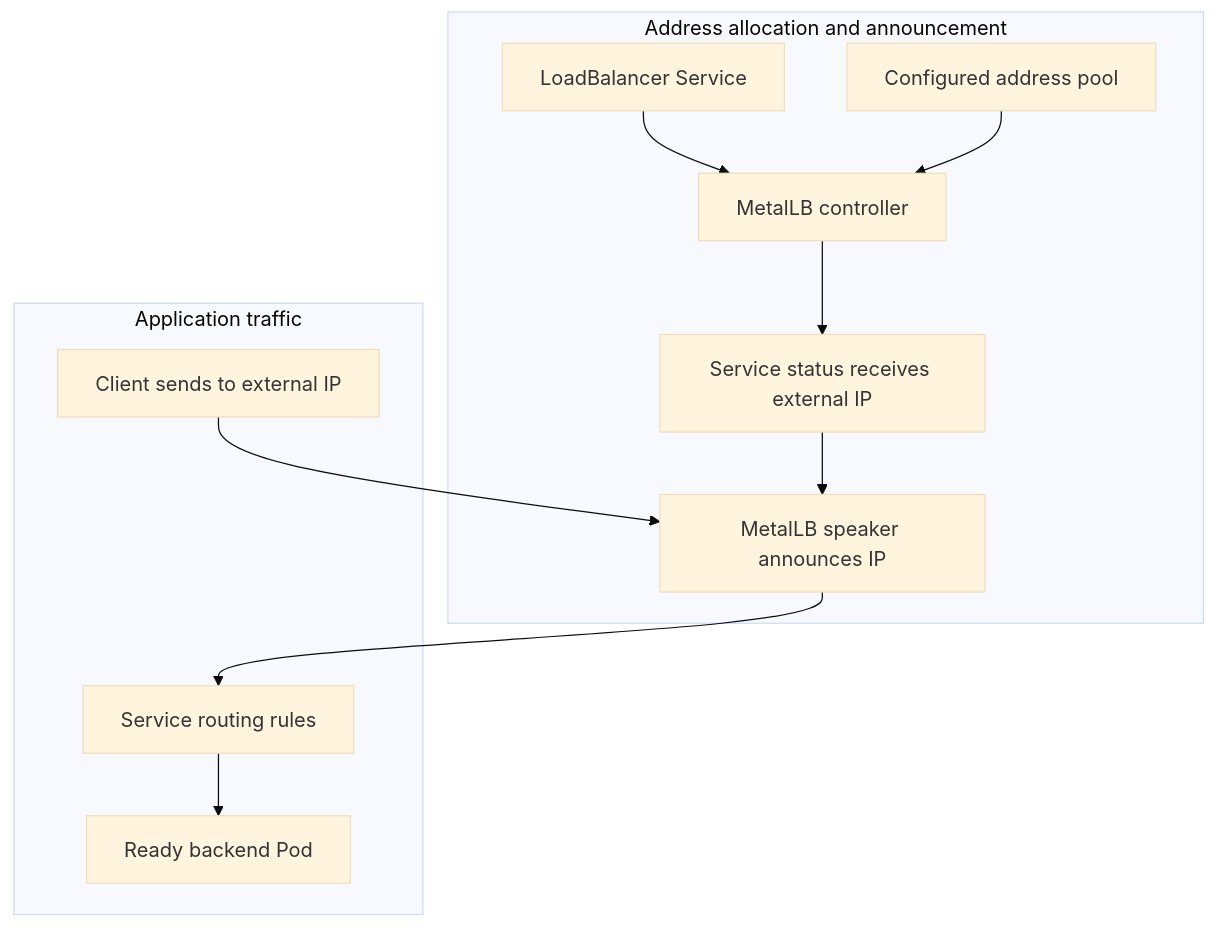
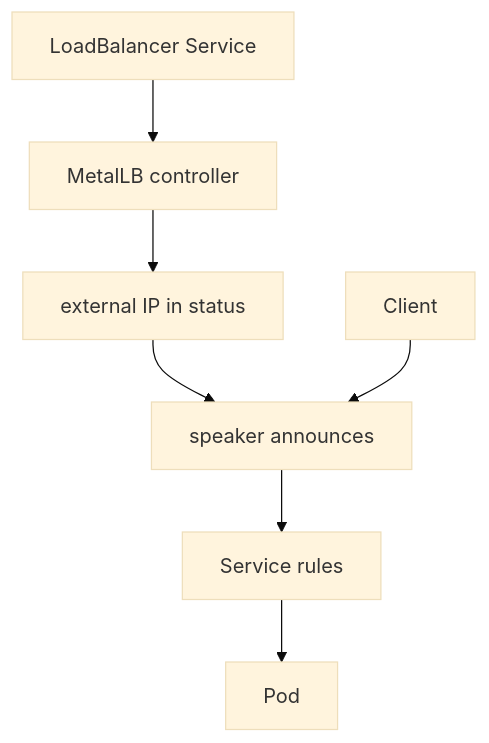
Before and after one commit to darshan-raul/apollo11-docs: the second of 2 diagrams in docs/learn/networking/nodeport-and-loadbalancer.md, drawn with Mermaid (base theme). The commit also changed other lines of this file and 55 other files, not shown here.

````diff
--- a/docs/learn/networking/nodeport-and-loadbalancer.md
+++ b/docs/learn/networking/nodeport-and-loadbalancer.md
@@ -54,14 +44,6 @@
-~~~mermaid
+```mermaid
 flowchart TB
-  subgraph Control[Address allocation and announcement]
-    LB[LoadBalancer Service] --> C[MetalLB controller]
-    Pool[Configured address pool] --> C
-    C --> Status[Service status receives external IP]
-    Status --> Speaker[MetalLB speaker announces IP]
-  end
-  subgraph Traffic[Application traffic]
-    Client[Client sends to external IP] --> Speaker
-    Speaker --> Rules[Service routing rules]
-    Rules --> Pod[Ready backend Pod]
-  end
-~~~
+  LB[LoadBalancer Service] --> C[MetalLB controller] --> IP[external IP in status]
+  IP --> Sp[speaker announces] 
+  Client --> Sp --> Rules[Service rules] --> Pod
+```
````
